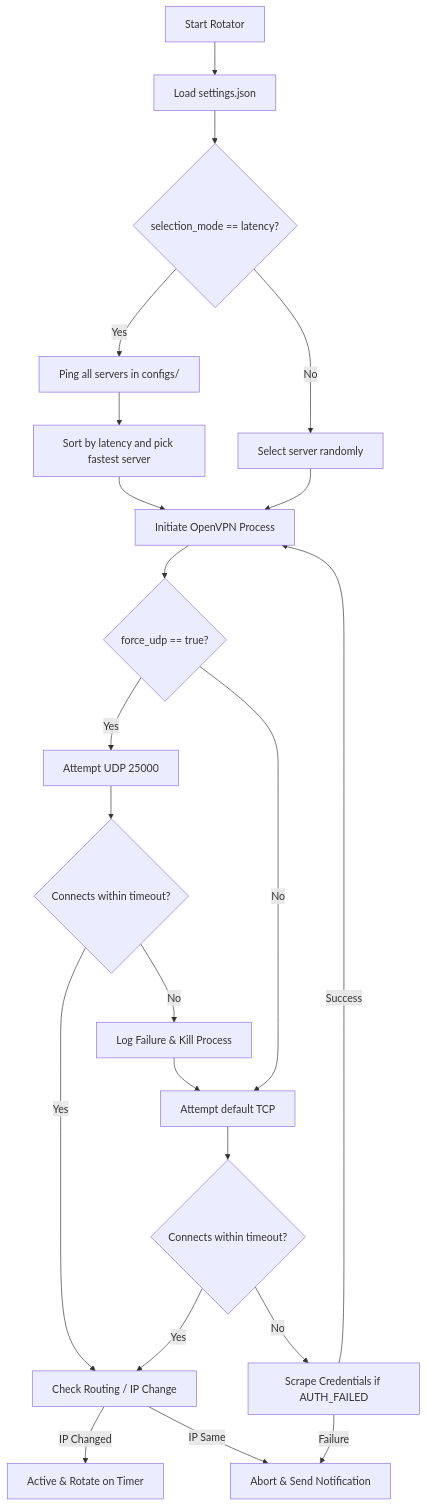
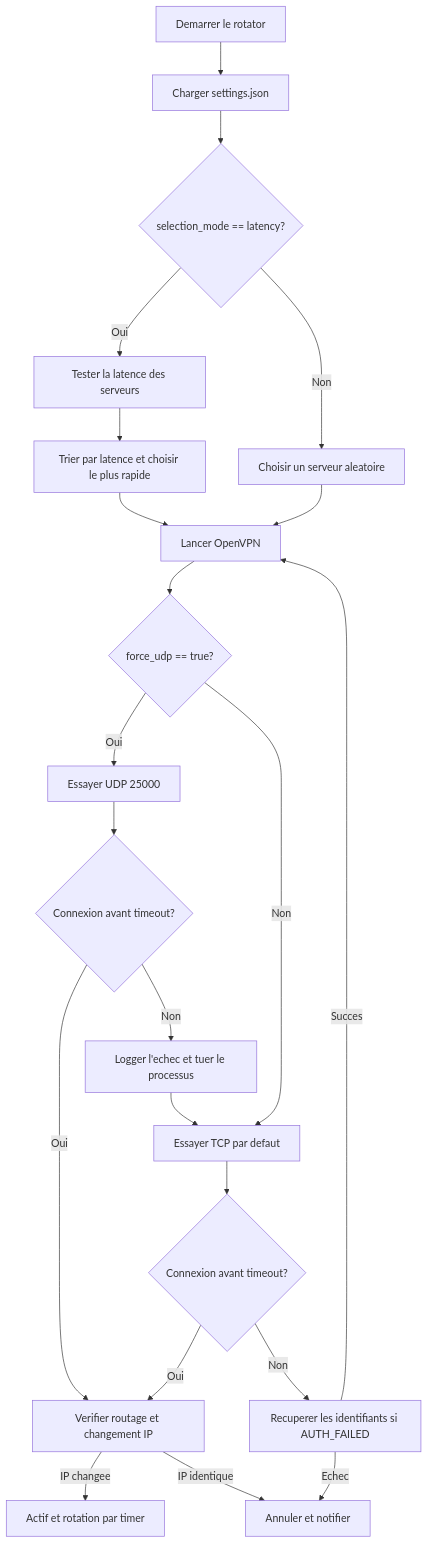
The diagram in README.md (Cherkaoui7/vpn_local), drawn with Mermaid before and after one commit. The commit also changed other lines of this file, not shown here.

````diff
--- a/README.md
+++ b/README.md
@@ -53,24 +55,24 @@
 ```mermaid
 graph TD
-    A[Start Rotator] --> B[Load settings.json]
+    A[Demarrer le rotator] --> B[Charger settings.json]
     B --> C{selection_mode == latency?}
-    C -->|Yes| D[Ping all servers in configs/]
-    C -->|No| E[Select server randomly]
-    D --> F[Sort by latency and pick fastest server]
-    E --> G[Initiate OpenVPN Process]
+    C -->|Oui| D[Tester la latence des serveurs]
+    C -->|Non| E[Choisir un serveur aleatoire]
+    D --> F[Trier par latence et choisir le plus rapide]
+    E --> G[Lancer OpenVPN]
     F --> G
     G --> H{force_udp == true?}
-    H -->|Yes| I[Attempt UDP 25000]
-    H -->|No| J[Attempt default TCP]
-    I --> K{Connects within timeout?}
-    K -->|Yes| L[Check Routing / IP Change]
-    K -->|No| M[Log Failure & Kill Process]
+    H -->|Oui| I[Essayer UDP 25000]
+    H -->|Non| J[Essayer TCP par defaut]
+    I --> K{Connexion avant timeout?}
+    K -->|Oui| L[Verifier routage et changement IP]
+    K -->|Non| M[Logger l'echec et tuer le processus]
     M --> J
-    J --> N{Connects within timeout?}
-    N -->|Yes| L
-    N -->|No| O[Scrape Credentials if AUTH_FAILED]
-    O -->|Success| G
-    O -->|Failure| P[Abort & Send Notification]
-    L -->|IP Changed| Q[Active & Rotate on Timer]
-    L -->|IP Same| P
+    J --> N{Connexion avant timeout?}
+    N -->|Oui| L
+    N -->|Non| O[Recuperer les identifiants si AUTH_FAILED]
+    O -->|Succes| G
+    O -->|Echec| P[Annuler et notifier]
+    L -->|IP changee| Q[Actif et rotation par timer]
+    L -->|IP identique| P
 ```
````
